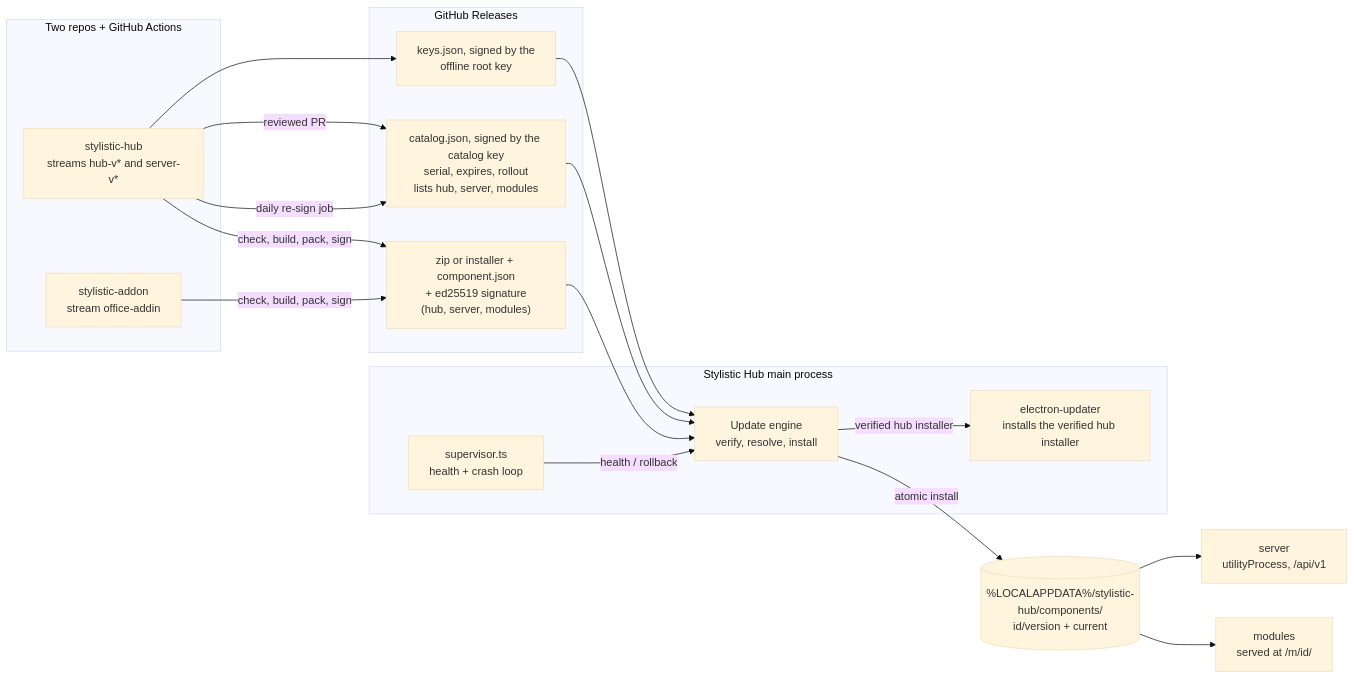
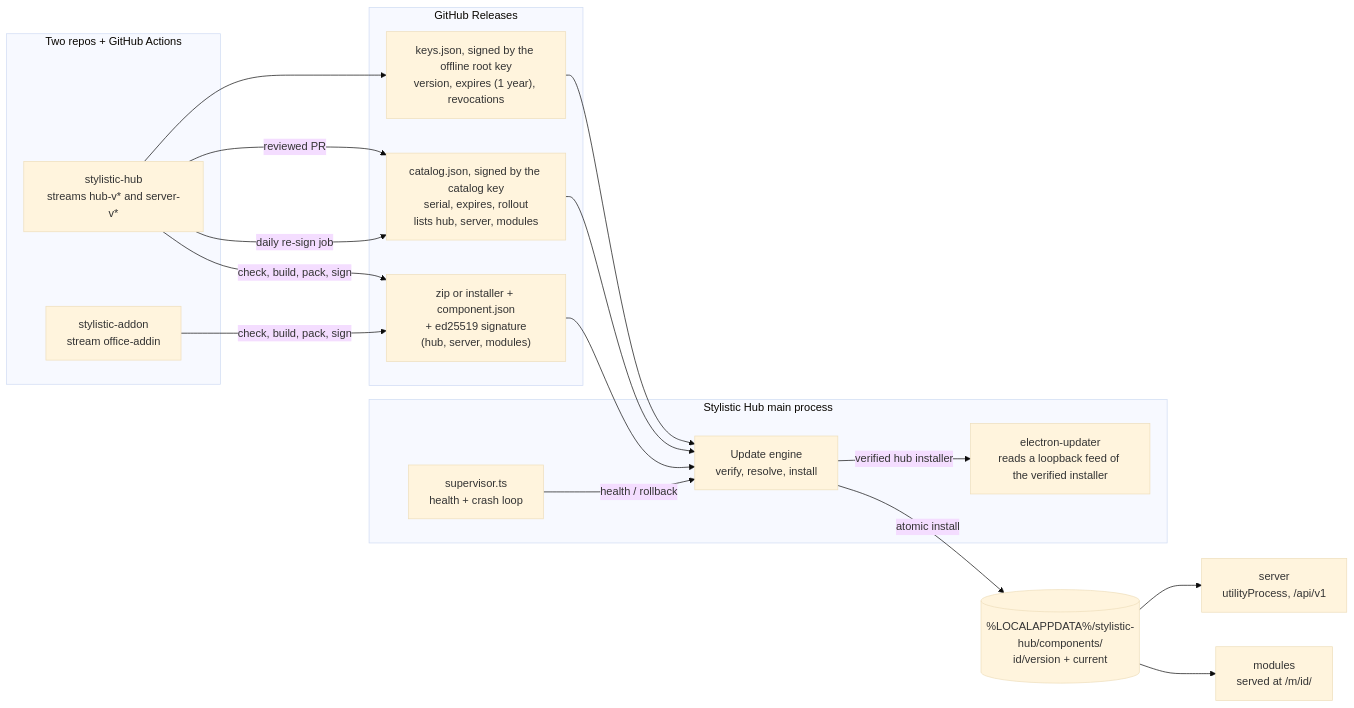
One commit to Disble/stylistic-hub changed the second of 3 diagrams in docs/architecture.md. Above: the diagram before and after it, drawn with Mermaid (base theme). The commit also changed other lines of this file and 3 other files, not shown here.

Commit message:
docs: version the key list and pin the cutover and hub install steps

````diff
--- a/docs/architecture.md
+++ b/docs/architecture.md
@@ -70,34 +70,34 @@
 ```mermaid
 flowchart LR
   subgraph Repos["Two repos + GitHub Actions"]
     HubRepo["stylistic-hub<br/>streams hub-v* and server-v*"]
     AddinRepo["stylistic-addon<br/>stream office-addin"]
   end
   subgraph Releases["GitHub Releases"]
     Artifacts["zip or installer + component.json<br/>+ ed25519 signature<br/>(hub, server, modules)"]
-    Keys["keys.json, signed by the<br/>offline root key"]
+    Keys["keys.json, signed by the offline root key<br/>version, expires (1 year), revocations"]
     Catalog["catalog.json, signed by the catalog key<br/>serial, expires, rollout<br/>lists hub, server, modules"]
   end
   subgraph Hub["Stylistic Hub main process"]
     Engine["Update engine<br/>verify, resolve, install"]
-    Updater["electron-updater<br/>installs the verified hub installer"]
+    Updater["electron-updater<br/>reads a loopback feed of the verified installer"]
     Super["supervisor.ts<br/>health + crash loop"]
   end
   Dir[("%LOCALAPPDATA%/stylistic-hub/components/<br/>id/version + current")]
   Server["server<br/>utilityProcess, /api/v1"]
   Modules["modules<br/>served at /m/id/"]
 
   HubRepo -->|"check, build, pack, sign"| Artifacts
   AddinRepo -->|"check, build, pack, sign"| Artifacts
   HubRepo -->|"reviewed PR"| Catalog
   HubRepo -->|"daily re-sign job"| Catalog
   HubRepo --> Keys
   Keys --> Engine
   Catalog --> Engine
   Artifacts --> Engine
   Engine -->|"verified hub installer"| Updater
   Engine -->|"atomic install"| Dir
   Dir --> Server
   Dir --> Modules
   Super -->|"health / rollback"| Engine
 ```
````
